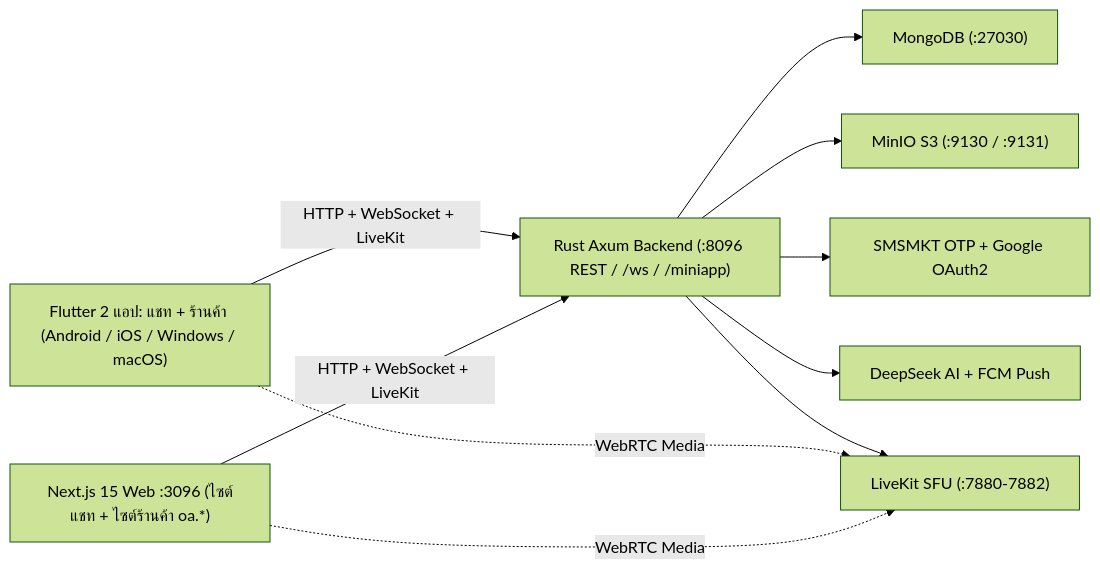
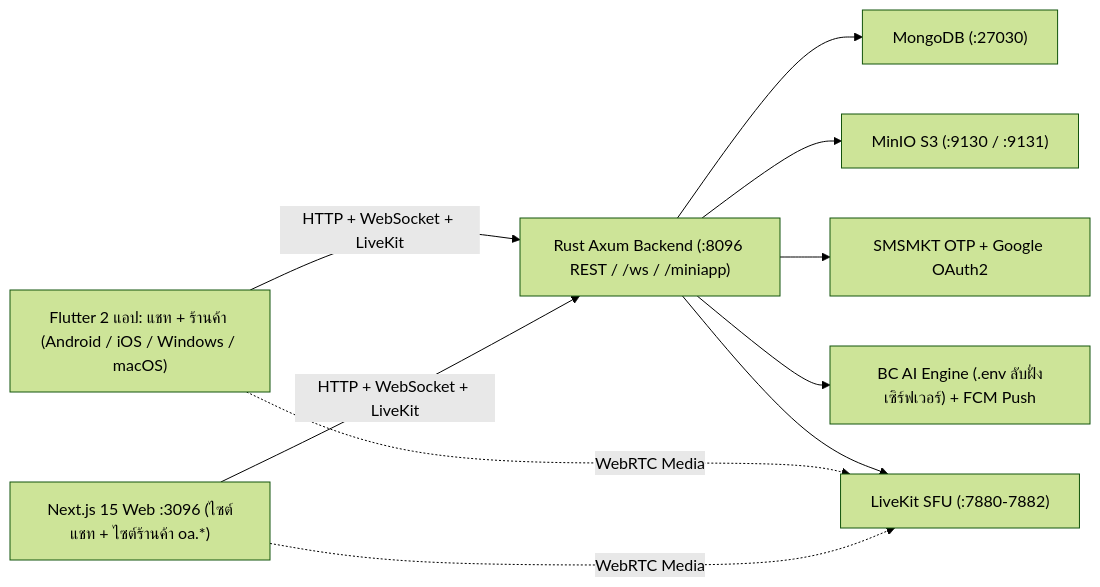
Before and after one commit to jaturapornchai/bcaichat001: the diagram in README.md, drawn with Mermaid (forest theme). The commit also changed other lines of this file and 49 other files, not shown here.

````diff
--- a/README.md
+++ b/README.md
@@ -56,21 +56,21 @@
 ```mermaid
 flowchart LR
   WEB["Next.js 15 Web :3096 (ไซต์แชท + ไซต์ร้านค้า oa.*)"]
   FLUTTER["Flutter 2 แอป: แชท + ร้านค้า (Android / iOS / Windows / macOS)"]
   API["Rust Axum Backend (:8096 REST / /ws / /miniapp)"]
   MONGO["MongoDB (:27030)"]
   MINIO["MinIO S3 (:9130 / :9131)"]
   LIVEKIT["LiveKit SFU (:7880-7882)"]
   SMS["SMSMKT OTP + Google OAuth2"]
-  AI["DeepSeek AI + FCM Push"]
+  AI["BC AI Engine (.env ลับฝั่งเซิร์ฟเวอร์) + FCM Push"]
 
   WEB -->|HTTP + WebSocket + LiveKit| API
   FLUTTER -->|HTTP + WebSocket + LiveKit| API
   WEB -.->|WebRTC Media| LIVEKIT
   FLUTTER -.->|WebRTC Media| LIVEKIT
   API --> MONGO
   API --> MINIO
   API --> LIVEKIT
   API --> SMS
   API --> AI
 ```
````
